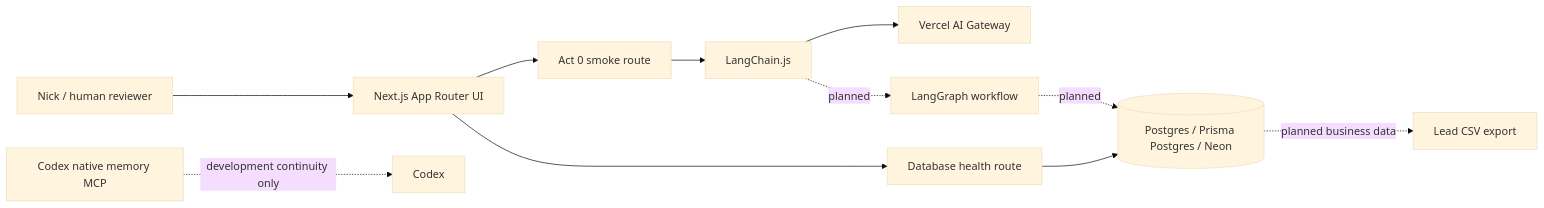
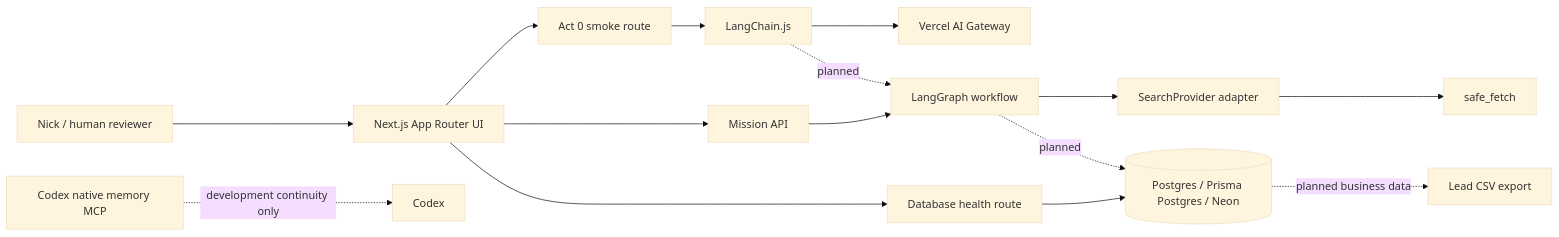
The diagram in docs/architecture/system-overview.md (monsteruk-crm/monster-prospecting-agent), drawn with Mermaid (base theme) before and after one commit. The commit also changed other lines of this file and 20 other files, not shown here.

````diff
--- a/docs/architecture/system-overview.md
+++ b/docs/architecture/system-overview.md
@@ -5,13 +5,17 @@
 ```mermaid
 flowchart LR
   Nick[Nick / human reviewer] --> UI[Next.js App Router UI]
   UI --> Smoke[Act 0 smoke route]
+  UI --> Mission[Mission API]
   Smoke --> LC[LangChain.js]
+  Mission --> LG[LangGraph workflow]
+  LG --> SP[SearchProvider adapter]
+  SP --> SF[safe_fetch]
   LC --> Gateway[Vercel AI Gateway]
   UI --> DBHealth[Database health route]
   DBHealth --> PG[(Postgres / Prisma Postgres / Neon)]
   LC -. planned .-> LG[LangGraph workflow]
   LG -. planned .-> PG
   PG -. planned business data .-> CSV[Lead CSV export]
   Memory[Codex native memory MCP] -. development continuity only .-> Codex[Codex]
 ```
````
